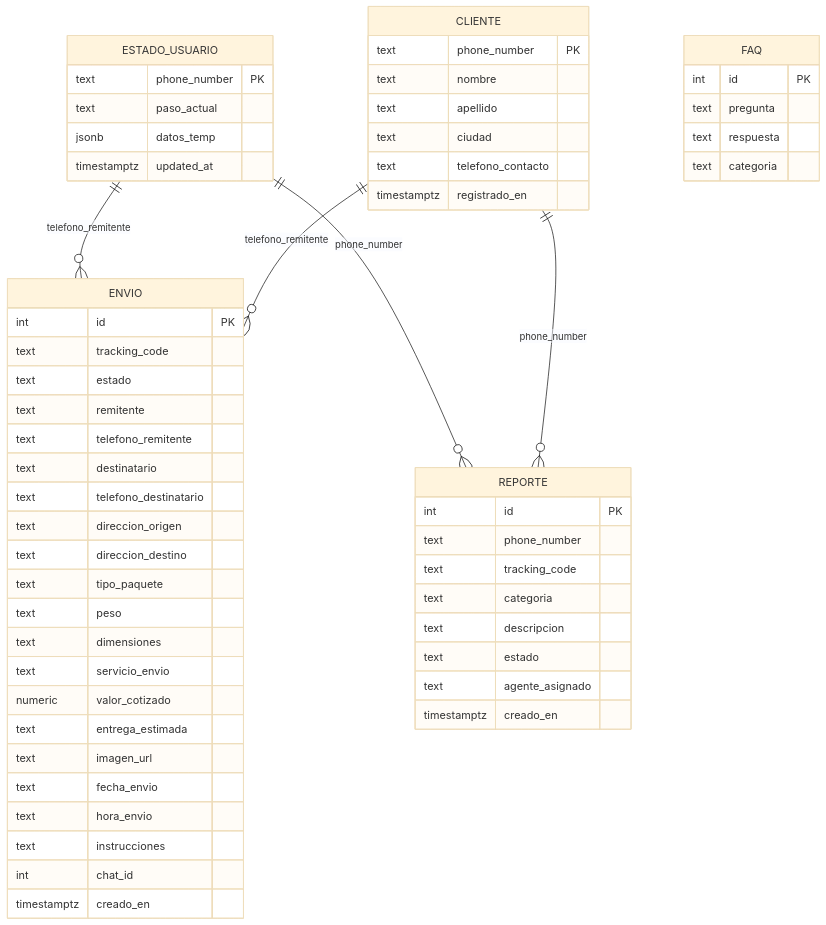
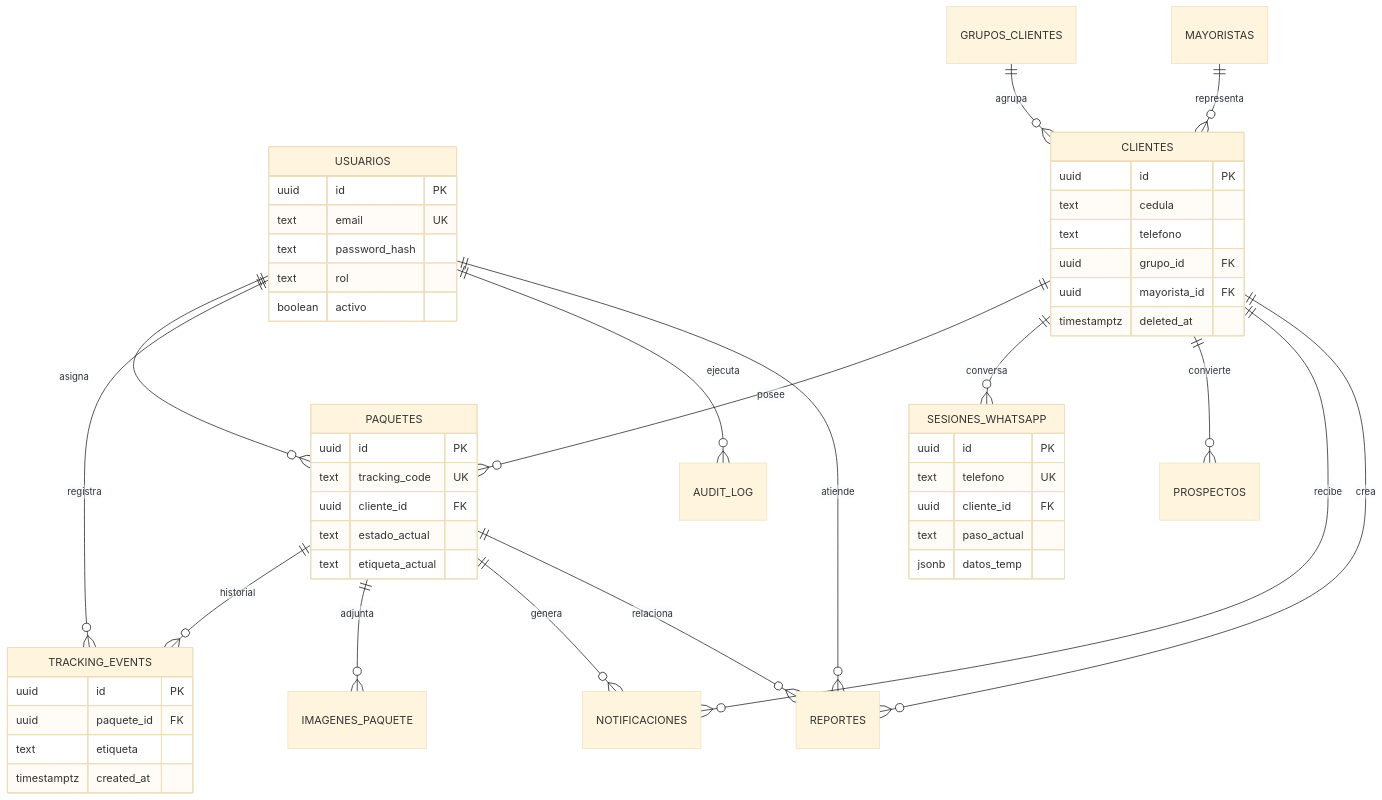
The seventh of 8 diagrams in README.md (mateosimbana-collab/curriermsj), drawn with Mermaid (base theme) before and after one commit. The commit also changed other lines of this file and 56 other files, not shown here.

````diff
--- a/README.md
+++ b/README.md
@@ -265,65 +281,54 @@
 ```mermaid
 erDiagram
-    ENVIO {
-        int id PK
-        text tracking_code
-        text estado
-        text remitente
-        text telefono_remitente
-        text destinatario
-        text telefono_destinatario
-        text direccion_origen
-        text direccion_destino
-        text tipo_paquete
-        text peso
-        text dimensiones
-        text servicio_envio
-        numeric valor_cotizado
-        text entrega_estimada
-        text imagen_url
-        text fecha_envio
-        text hora_envio
-        text instrucciones
-        int chat_id
-        timestamptz creado_en
+    USUARIOS ||--o{ PAQUETES : asigna
+    USUARIOS ||--o{ TRACKING_EVENTS : registra
+    USUARIOS ||--o{ AUDIT_LOG : ejecuta
+    USUARIOS ||--o{ REPORTES : atiende
+    GRUPOS_CLIENTES ||--o{ CLIENTES : agrupa
+    MAYORISTAS ||--o{ CLIENTES : representa
+    CLIENTES ||--o{ PAQUETES : posee
+    CLIENTES ||--o{ SESIONES_WHATSAPP : conversa
+    CLIENTES ||--o{ PROSPECTOS : convierte
+    CLIENTES ||--o{ NOTIFICACIONES : recibe
+    CLIENTES ||--o{ REPORTES : crea
+    PAQUETES ||--o{ TRACKING_EVENTS : historial
+    PAQUETES ||--o{ IMAGENES_PAQUETE : adjunta
+    PAQUETES ||--o{ NOTIFICACIONES : genera
+    PAQUETES ||--o{ REPORTES : relaciona
+
+    USUARIOS {
+        uuid id PK
+        text email UK
+        text password_hash
+        text rol
+        boolean activo
     }
-
-    ESTADO_USUARIO {
-        text phone_number PK
+    CLIENTES {
+        uuid id PK
+        text cedula
+        text telefono
+        uuid grupo_id FK
+        uuid mayorista_id FK
+        timestamptz deleted_at
+    }
+    PAQUETES {
+        uuid id PK
+        text tracking_code UK
+        uuid cliente_id FK
+        text estado_actual
+        text etiqueta_actual
+    }
+    TRACKING_EVENTS {
+        uuid id PK
+        uuid paquete_id FK
+        text etiqueta
+        timestamptz created_at
+    }
+    SESIONES_WHATSAPP {
+        uuid id PK
+        text telefono UK
+        uuid cliente_id FK
         text paso_actual
         jsonb datos_temp
-        timestamptz updated_at
     }
-
-    CLIENTE {
-        text phone_number PK
-        text nombre
-        text apellido
-        text ciudad
-        text telefono_contacto
-        timestamptz registrado_en
-    }
-
-    FAQ {
-        int id PK
-        text pregunta
-        text respuesta
-        text categoria
-    }
-
-    REPORTE {
-        int id PK
-        text phone_number
-        text tracking_code
-        text categoria
-        text descripcion
-        text estado
-        text agente_asignado
-        timestamptz creado_en
-    }
-
-    ESTADO_USUARIO ||--o{ ENVIO : telefono_remitente
-    ESTADO_USUARIO ||--o{ REPORTE : phone_number
-    CLIENTE ||--o{ ENVIO : telefono_remitente
-    CLIENTE ||--o{ REPORTE : phone_number
 ```
````
